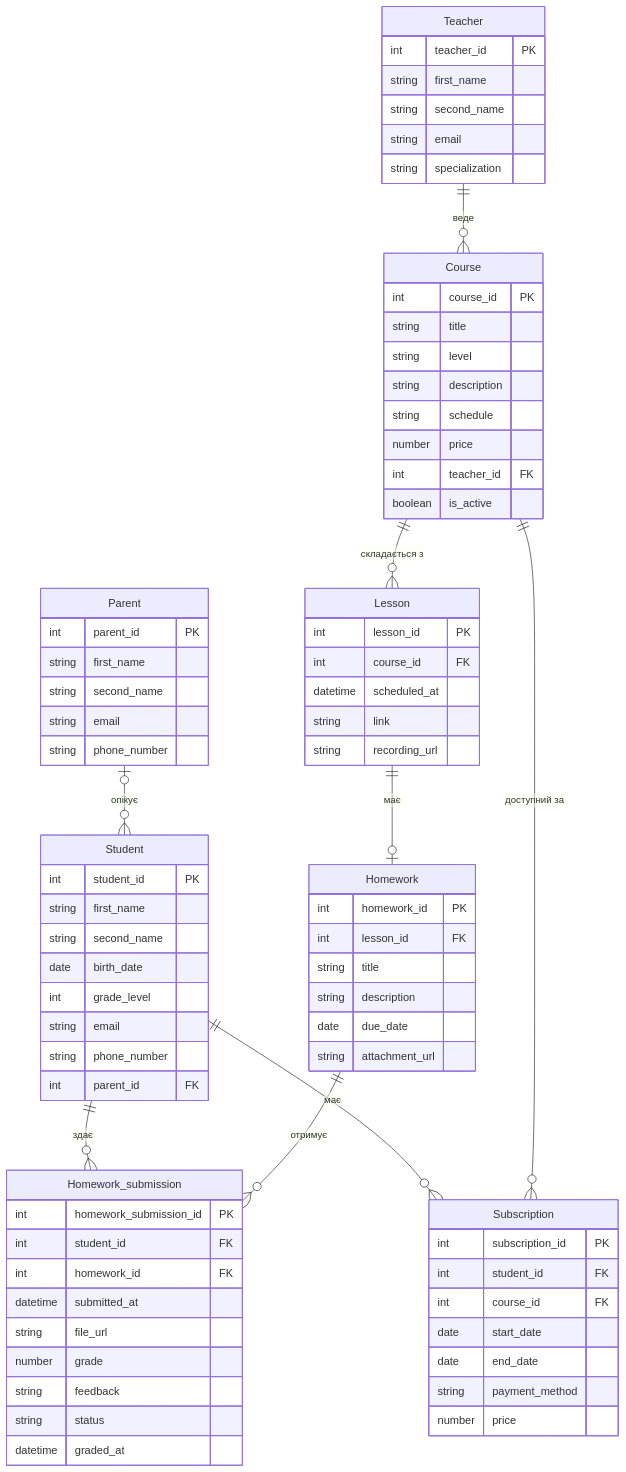
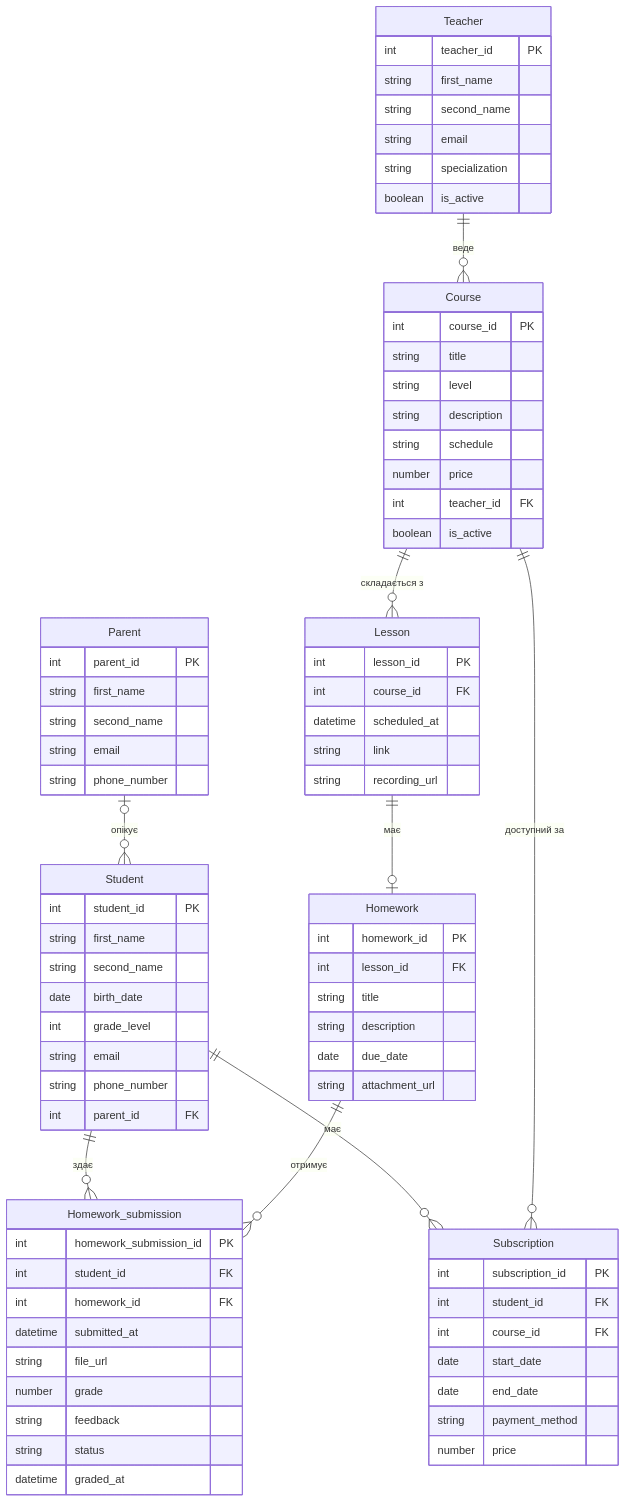
One commit to grmaryna/MathHub changed the diagram in model.mmd. Above: the diagram before and after it, drawn with Mermaid. The commit also changed 1 other file, not shown here.

Commit message:
model: додано до сутності Teacher атрибут is_active

```diff
--- a/model.mmd
+++ b/model.mmd
@@ -1,86 +1,87 @@
 erDiagram
     Parent |o--o{ Student : "опікує"
     Teacher ||--o{ Course : "веде"
     Course ||--o{ Lesson : "складається з"
     Lesson ||--o| Homework : "має"
     Student ||--o{ Homework_submission : "здає"
     Homework ||--o{ Homework_submission : "отримує"
     Student ||--o{ Subscription : "має"
     Course ||--o{ Subscription : "доступний за"
 
     Parent {
         int parent_id PK
         string first_name
         string second_name
         string email
         string phone_number
     }
 
     Student {
         int student_id PK
         string first_name
         string second_name
         date birth_date
         int grade_level
         string email
         string phone_number
         int parent_id FK
     }
 
     Teacher {
         int teacher_id PK
         string first_name
         string second_name
         string email
         string specialization
+        boolean is_active
     }
 
     Course {
         int course_id PK
         string title
         string level
         string description
         string schedule
         number price
         int teacher_id FK
         boolean is_active
     }
 
     Lesson {
         int lesson_id PK
         int course_id FK
         datetime scheduled_at
         string link
         string recording_url
     }
 
     Homework {
         int homework_id PK
         int lesson_id FK
         string title
         string description
         date due_date
         string attachment_url
     }
 
     Homework_submission {
         int homework_submission_id PK
         int student_id FK
         int homework_id FK
         datetime submitted_at
         string file_url
         number grade
         string feedback
         string status
         datetime graded_at
     }
 
     Subscription {
         int subscription_id PK
         int student_id FK
         int course_id FK
         date start_date
         date end_date
         string payment_method
         number price
     }
```
